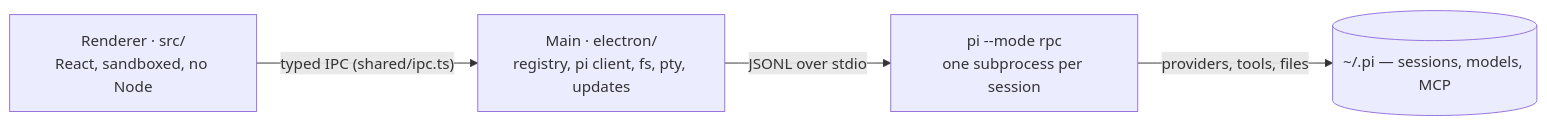
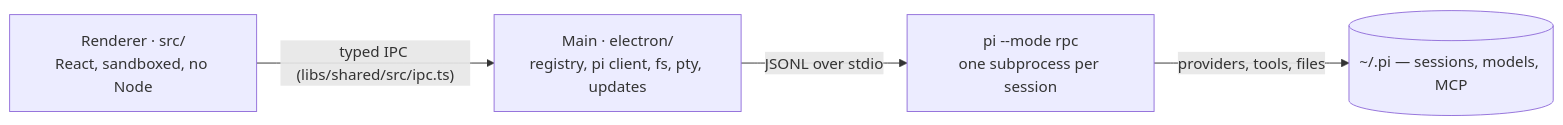
One commit to agustinsacco/Phosphor changed the diagram in README.md. Above: the diagram before and after it, drawn with Mermaid. The commit also changed other lines of this file and 70 other files, not shown here.

````diff
--- a/README.md
+++ b/README.md
@@ -247,10 +247,10 @@
 ```mermaid
 flowchart LR
   R["Renderer · src/<br/>React, sandboxed, no Node"]
   M["Main · electron/<br/>registry, pi client, fs, pty, updates"]
   P["pi --mode rpc<br/>one subprocess per session"]
   S[("~/.pi — sessions, models, MCP")]
-  R -- "typed IPC (shared/ipc.ts)" --> M
+  R -- "typed IPC (libs/shared/src/ipc.ts)" --> M
   M -- "JSONL over stdio" --> P
   P -- "providers, tools, files" --> S
 ```
````
